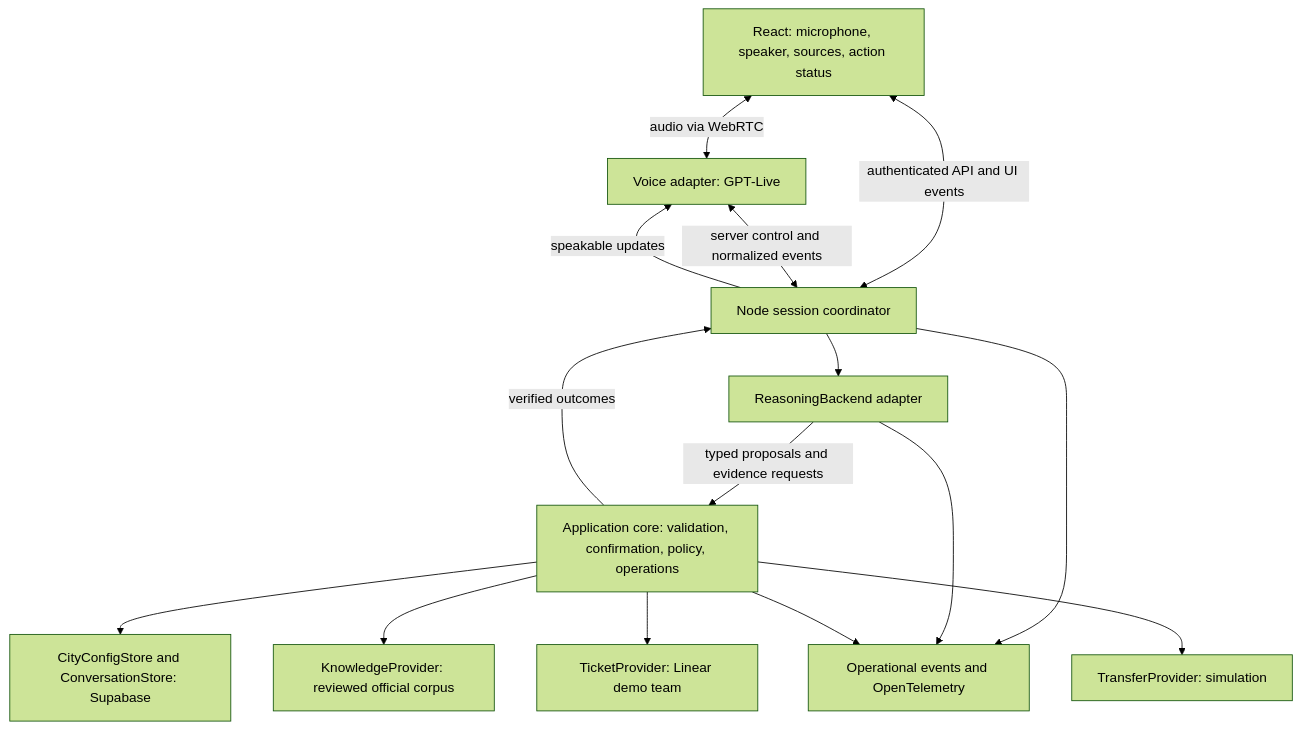
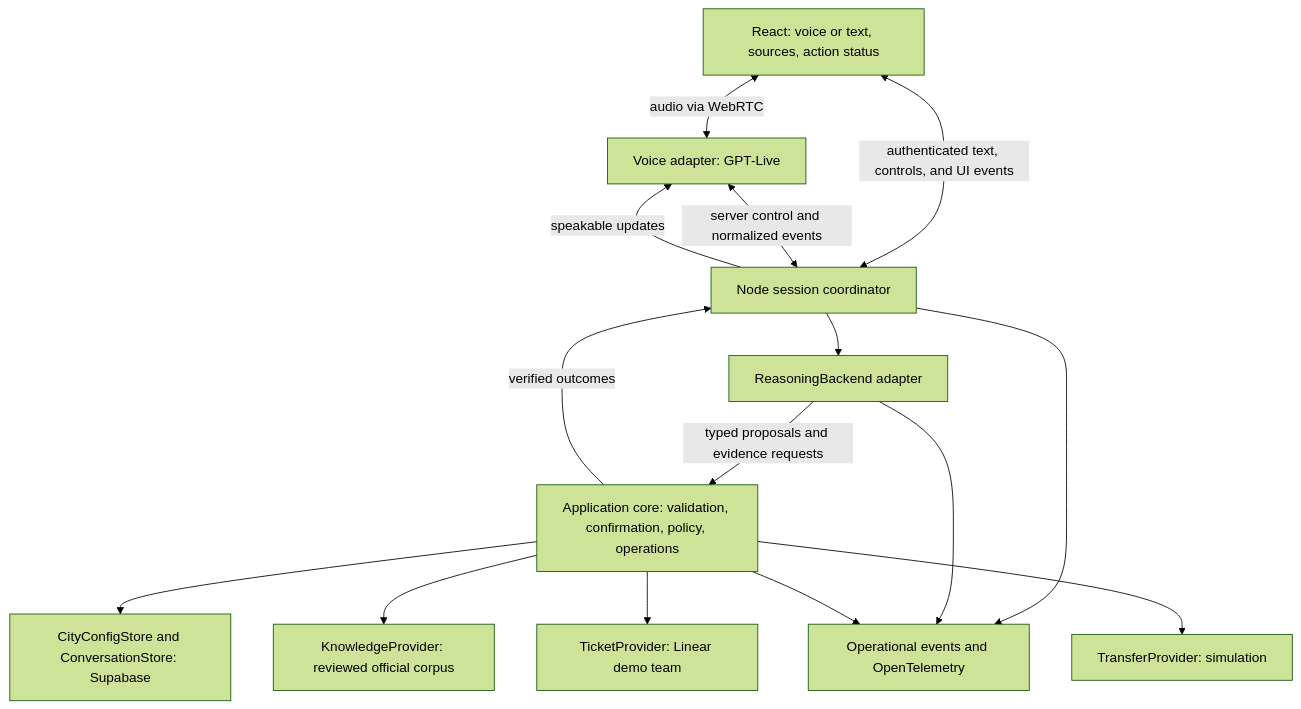
Before and after one commit to drore/threefold-boulder-voice-agent: the diagram in spec/spec-architecture-system.md, drawn with Mermaid (forest theme). The commit also changed other lines of this file and 45 other files, not shown here.

````diff
--- a/spec/spec-architecture-system.md
+++ b/spec/spec-architecture-system.md
@@ -32,27 +33,27 @@
 ```mermaid
 flowchart TD
-  Browser[React: microphone, speaker, sources, action status]
+  Browser[React: voice or text, sources, action status]
   Voice[Voice adapter: GPT-Live]
   Session[Node session coordinator]
   Reason[ReasoningBackend adapter]
   Core[Application core: validation, confirmation, policy, operations]
   Stores[CityConfigStore and ConversationStore: Supabase]
   Know[KnowledgeProvider: reviewed official corpus]
   Ticket[TicketProvider: Linear demo team]
   Transfer[TransferProvider: simulation]
   Trace[Operational events and OpenTelemetry]
   Browser <-->|audio via WebRTC| Voice
-  Browser <-->|authenticated API and UI events| Session
+  Browser <-->|authenticated text, controls, and UI events| Session
   Voice <-->|server control and normalized events| Session
   Session --> Reason
   Reason -->|typed proposals and evidence requests| Core
   Core --> Stores
   Core --> Know
   Core --> Ticket
   Core --> Transfer
   Core -->|verified outcomes| Session
   Session -->|speakable updates| Voice
   Session --> Trace
   Reason --> Trace
   Core --> Trace
 ```
````
